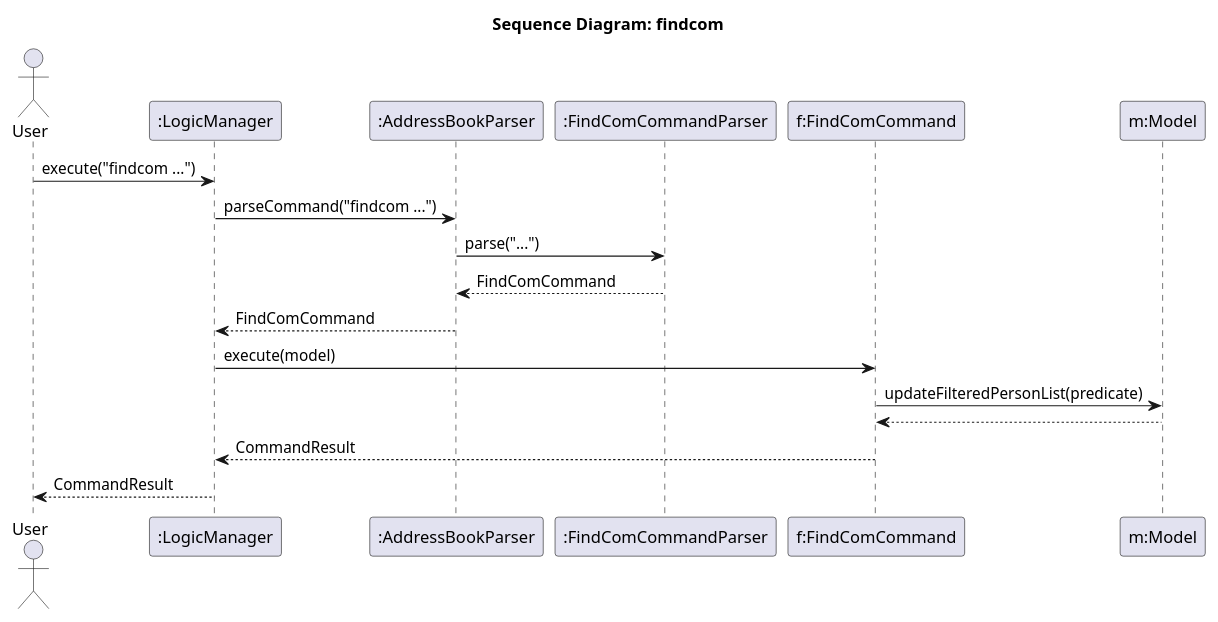
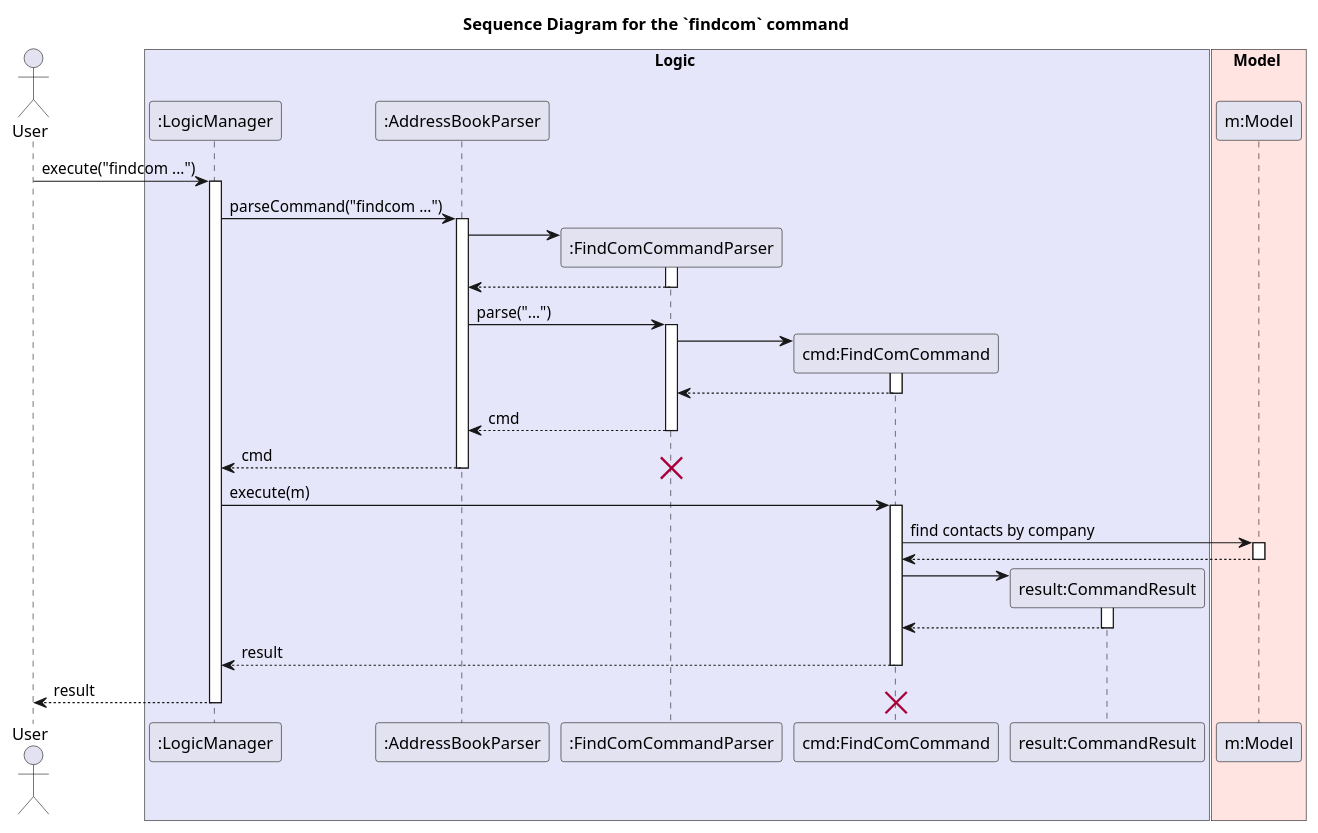
One commit to AY2526S2-CS2103-T11-1/tp changed the diagram in diagrams/company/FindComSequenceDiagram.puml. Above: the diagram before and after it, drawn with PlantUML. The commit also changed 40 other files, not shown here.

```diff
--- a/diagrams/company/FindComSequenceDiagram.puml
+++ b/diagrams/company/FindComSequenceDiagram.puml
@@ -1,23 +1,69 @@
 @startuml
-title Sequence Diagram: findcom
+title Sequence Diagram for the `findcom` command
 
 actor User
+
+box Logic #E6E6FA
 participant ":LogicManager" as Logic
 participant ":AddressBookParser" as ABParser
 participant ":FindComCommandParser" as Parser
-participant "f:FindComCommand" as Command
+participant "cmd:FindComCommand" as Command
+participant "result:CommandResult" as Result
+end box
+
+box Model #FFE4E1
 participant "m:Model" as Model
+end box
 
 User -> Logic : execute("findcom ...")
+activate Logic
+
 Logic -> ABParser : parseCommand("findcom ...")
+activate ABParser
+
+create Parser
+ABParser -> Parser
+activate Parser
+
+ABParser <-- Parser
+deactivate Parser
+
 ABParser -> Parser : parse("...")
-Parser --> ABParser : FindComCommand
-ABParser --> Logic : FindComCommand
+activate Parser
 
-Logic -> Command : execute(model)
-Command -> Model : updateFilteredPersonList(predicate)
+create Command
+Parser -> Command
+activate Command
+
+Parser <-- Command
+deactivate Command
+
+ABParser <-- Parser : cmd
+deactivate Parser
+
+Logic <-- ABParser : cmd
+destroy Parser
+deactivate ABParser
+
+Logic -> Command : execute(m)
+activate Command
+
+Command -> Model : find contacts by company
+activate Model
 Model --> Command
-Command --> Logic : CommandResult
-Logic --> User : CommandResult
+deactivate Model
+
+create Result
+Command -> Result
+activate Result
+Result --> Command
+deactivate Result
+
+Logic <-- Command : result
+deactivate Command
+
+User <-- Logic : result
+destroy Command
+deactivate Logic
 
 @enduml
```
